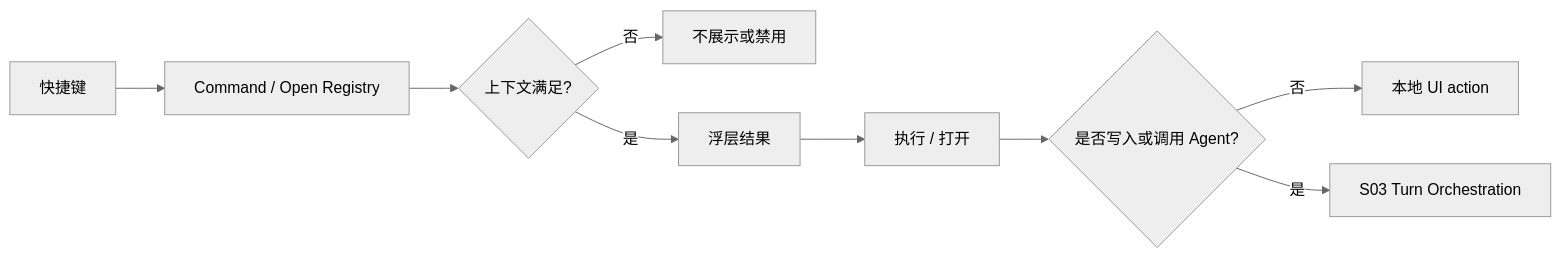
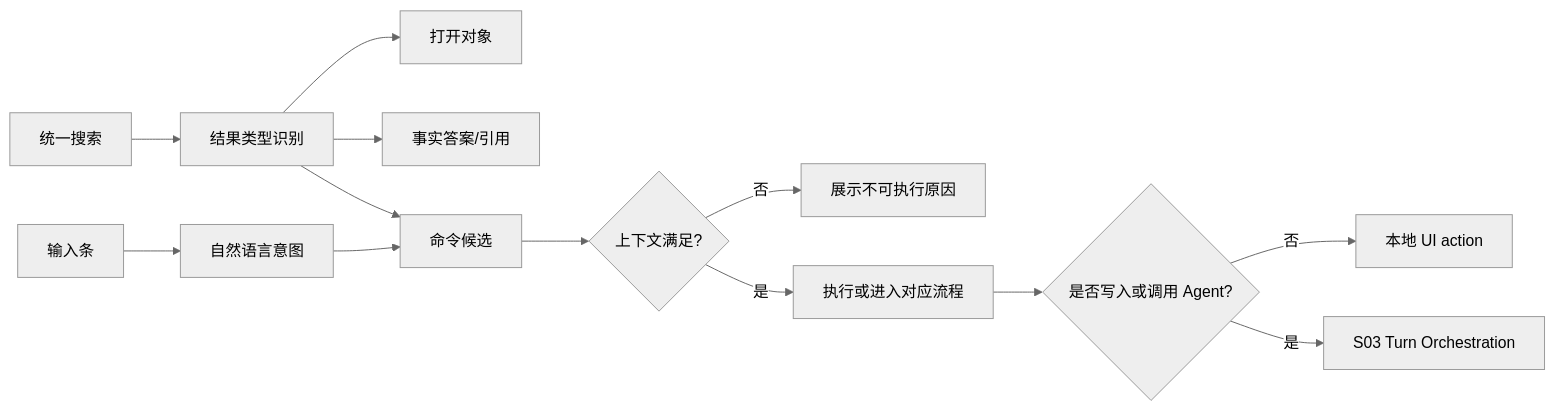
The diagram in spec/M02-command-palette-and-quick-open.md (jinhuang712/open-novel), drawn with Mermaid (neutral theme) before and after one commit. The commit also changed other lines of this file and 29 other files, not shown here.

````diff
--- a/spec/M02-command-palette-and-quick-open.md
+++ b/spec/M02-command-palette-and-quick-open.md
@@ -16,11 +16,15 @@
 ```mermaid
 flowchart LR
-  Key[快捷键] --> Registry[Command / Open Registry]
-  Registry --> Context{上下文满足?}
-  Context -->|否| Hidden[不展示或禁用]
-  Context -->|是| Palette[浮层结果]
-  Palette --> Execute[执行 / 打开]
+  Search[统一搜索] --> Parse[结果类型识别]
+  Input[输入条] --> Intent[自然语言意图]
+  Parse --> Object[打开对象]
+  Parse --> Fact[事实答案/引用]
+  Parse --> Command[命令候选]
+  Intent --> Command
+  Command --> Context{上下文满足?}
+  Context -->|否| Disabled[展示不可执行原因]
+  Context -->|是| Execute[执行或进入对应流程]
   Execute --> Turn{是否写入或调用 Agent?}
   Turn -->|否| UI[本地 UI action]
   Turn -->|是| Orchestration[S03 Turn Orchestration]
 ```
````
